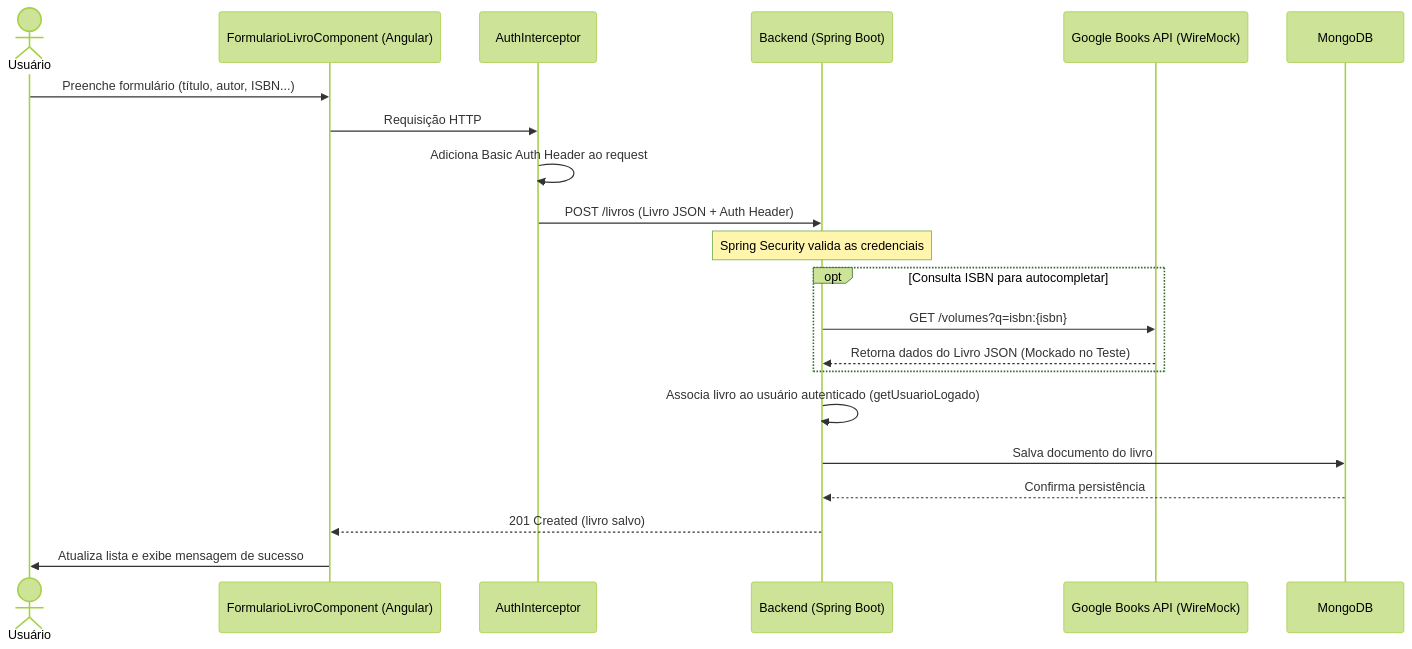
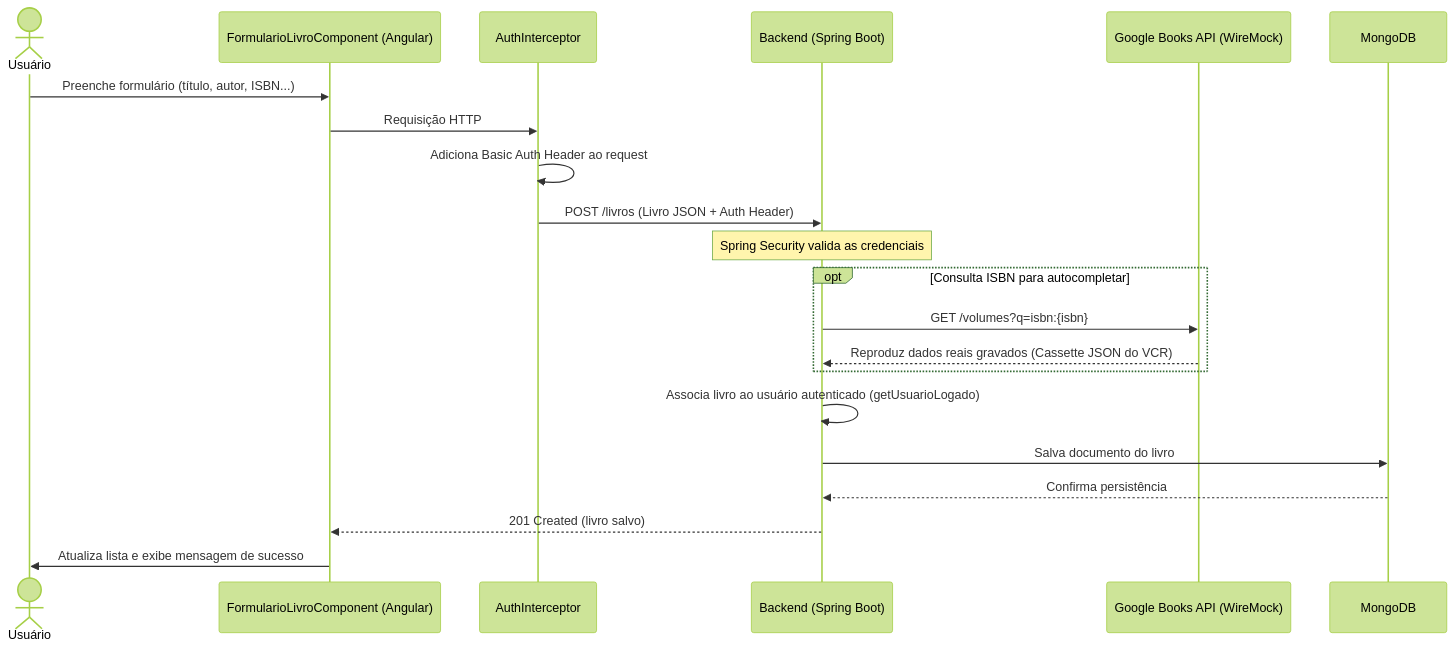
One commit to Alex-sampaio-lima/Projeto-Q.A changed the fifth of 7 diagrams in Diagrama UML.md. Above: the diagram before and after it, drawn with Mermaid (forest theme). The commit also changed 3 other files, not shown here.

````diff
--- a/Diagrama UML.md
+++ b/Diagrama UML.md
@@ -178,28 +178,28 @@
 ```mermaid
 sequenceDiagram
     actor Usuario as Usuário
     participant Front as FormularioLivroComponent (Angular)
     participant Interceptor as AuthInterceptor
     participant Back as Backend (Spring Boot)
     participant Ext as Google Books API (WireMock)
     participant DB as MongoDB
 
     Usuario->>Front: Preenche formulário (título, autor, ISBN...)
     Front->>Interceptor: Requisição HTTP
     Interceptor->>Interceptor: Adiciona Basic Auth Header ao request
     Interceptor->>Back: POST /livros (Livro JSON + Auth Header)
 
     Note over Back: Spring Security valida as credenciais
     
     opt Consulta ISBN para autocompletar
         Back->>Ext: GET /volumes?q=isbn:{isbn}
-        Ext-->>Back: Retorna dados do Livro JSON (Mockado no Teste)
+        Ext-->>Back: Reproduz dados reais gravados (Cassette JSON do VCR)
     end
 
     Back->>Back: Associa livro ao usuário autenticado (getUsuarioLogado)
     Back->>DB: Salva documento do livro
     DB-->>Back: Confirma persistência
 
     Back-->>Front: 201 Created (livro salvo)
     Front->>Usuario: Atualiza lista e exibe mensagem de sucesso
 ```
````
